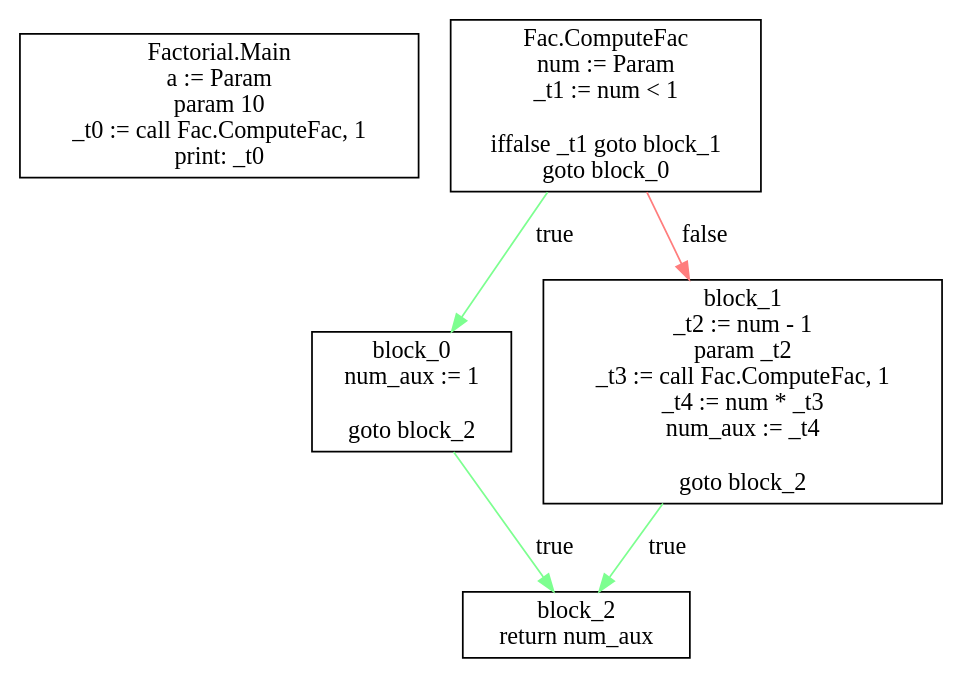
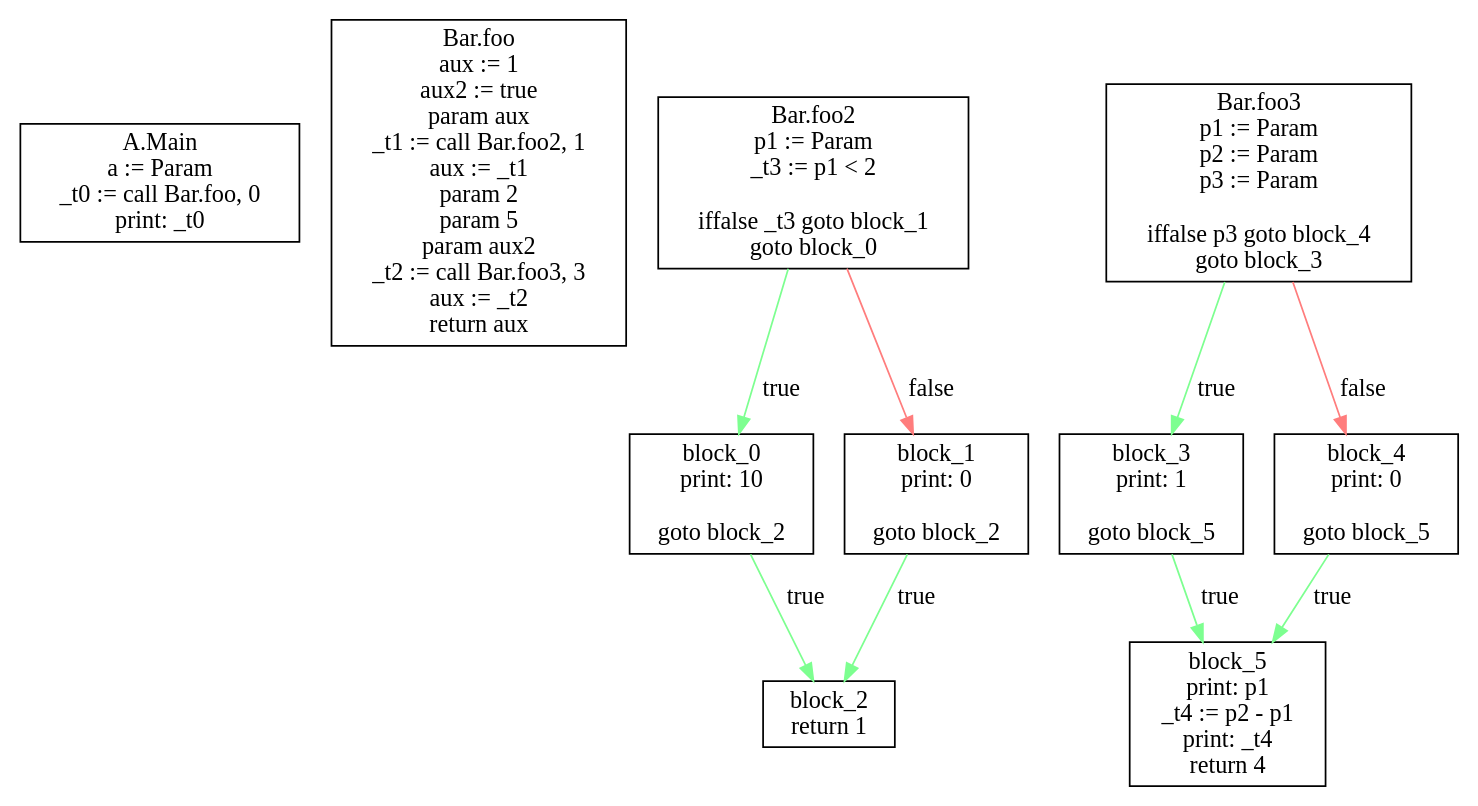
Before and after one commit to Hnsson/DV1655: the diagram in Assignment-3/cfg.dot, drawn with Graphviz. The commit also changed 9 other files, not shown here.

```diff
--- a/Assignment-3/cfg.dot
+++ b/Assignment-3/cfg.dot
@@ -1,11 +1,20 @@
 digraph CFG {
-    "Factorial.Main" [shape=box label="Factorial.Main\na := Param\nparam 10\n_t0 := call Fac.ComputeFac, 1\nprint: _t0\n"];
-    "Fac.ComputeFac" [shape=box label="Fac.ComputeFac\nnum := Param\n_t1 := num < 1\n\niffalse _t1 goto block_1\ngoto block_0"];
-    "Fac.ComputeFac" -> "block_0" [label="true" color="#7dff90"];
-    "block_0" [shape=box label="block_0\nnum_aux := 1\n\ngoto block_2"];
+    "A.Main" [shape=box label="A.Main\na := Param\n_t0 := call Bar.foo, 0\nprint: _t0\n"];
+    "Bar.foo" [shape=box label="Bar.foo\naux := 1\naux2 := true\nparam aux\n_t1 := call Bar.foo2, 1\naux := _t1\nparam 2\nparam 5\nparam aux2\n_t2 := call Bar.foo3, 3\naux := _t2\nreturn aux\n"];
+    "Bar.foo2" [shape=box label="Bar.foo2\np1 := Param\n_t3 := p1 < 2\n\niffalse _t3 goto block_1\ngoto block_0"];
+    "Bar.foo2" -> "block_0" [label="true" color="#7dff90"];
+    "block_0" [shape=box label="block_0\nprint: 10\n\ngoto block_2"];
     "block_0" -> "block_2" [label="true" color="#7dff90"];
-    "block_2" [shape=box label="block_2\nreturn num_aux\n"];
-    "Fac.ComputeFac" -> "block_1" [label="false" color="#ff7d7d"];
-    "block_1" [shape=box label="block_1\n_t2 := num - 1\nparam _t2\n_t3 := call Fac.ComputeFac, 1\n_t4 := num * _t3\nnum_aux := _t4\n\ngoto block_2"];
+    "block_2" [shape=box label="block_2\nreturn 1\n"];
+    "Bar.foo2" -> "block_1" [label="false" color="#ff7d7d"];
+    "block_1" [shape=box label="block_1\nprint: 0\n\ngoto block_2"];
     "block_1" -> "block_2" [label="true" color="#7dff90"];
+    "Bar.foo3" [shape=box label="Bar.foo3\np1 := Param\np2 := Param\np3 := Param\n\niffalse p3 goto block_4\ngoto block_3"];
+    "Bar.foo3" -> "block_3" [label="true" color="#7dff90"];
+    "block_3" [shape=box label="block_3\nprint: 1\n\ngoto block_5"];
+    "block_3" -> "block_5" [label="true" color="#7dff90"];
+    "block_5" [shape=box label="block_5\nprint: p1\n_t4 := p2 - p1\nprint: _t4\nreturn 4\n"];
+    "Bar.foo3" -> "block_4" [label="false" color="#ff7d7d"];
+    "block_4" [shape=box label="block_4\nprint: 0\n\ngoto block_5"];
+    "block_4" -> "block_5" [label="true" color="#7dff90"];
 }
```
